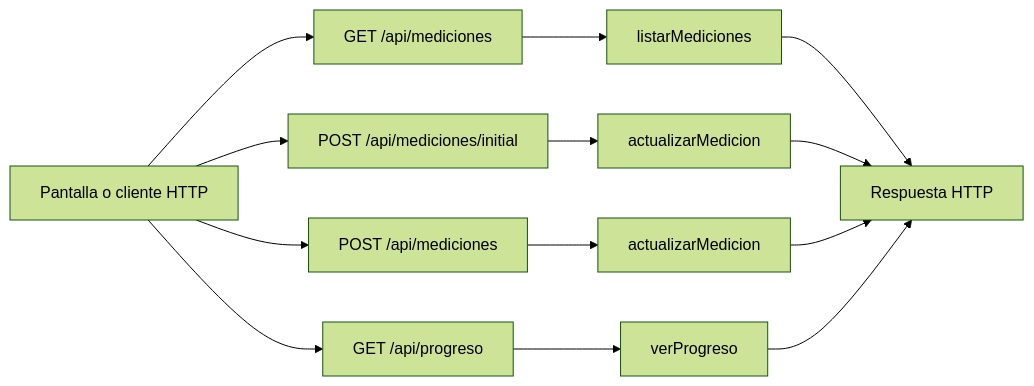
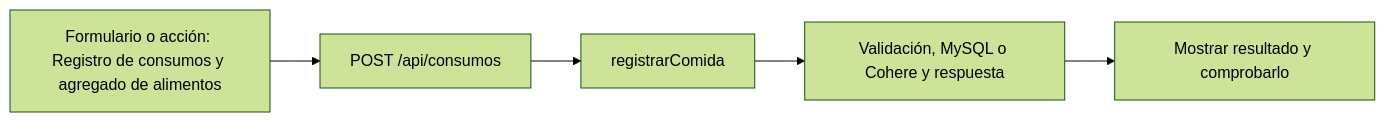
The diagram in guias/05-gade-silva-y-lapiz.md (tomimeno0/GYM-OS-Preentrega-75), drawn with Mermaid (forest theme) before and after one commit. The commit also changed other lines of this file and 12 other files, not shown here.

````diff
--- a/guias/05-gade-silva-y-lapiz.md
+++ b/guias/05-gade-silva-y-lapiz.md
@@ -18,16 +13,8 @@
 ```mermaid
 flowchart LR
-  P["Pantalla o cliente HTTP"]
-  P --> E0["GET /api/mediciones"]
-  E0 --> F0["listarMediciones"]
-  F0 --> R["Respuesta HTTP"]
-  P --> E1["POST /api/mediciones/initial"]
-  E1 --> F1["actualizarMedicion"]
-  F1 --> R["Respuesta HTTP"]
-  P --> E2["POST /api/mediciones"]
-  E2 --> F2["actualizarMedicion"]
-  F2 --> R["Respuesta HTTP"]
-  P --> E3["GET /api/progreso"]
-  E3 --> F3["verProgreso"]
-  F3 --> R["Respuesta HTTP"]
+  U["Formulario o acción: Registro de consumos y agregado de alimentos"]
+  U --> E0["POST /api/consumos"]
+  E0 --> H0["registrarComida"]
+  H0 --> R["Validación, MySQL o Cohere y respuesta"]
+  R --> C["Mostrar resultado y comprobarlo"]
 ```
````
